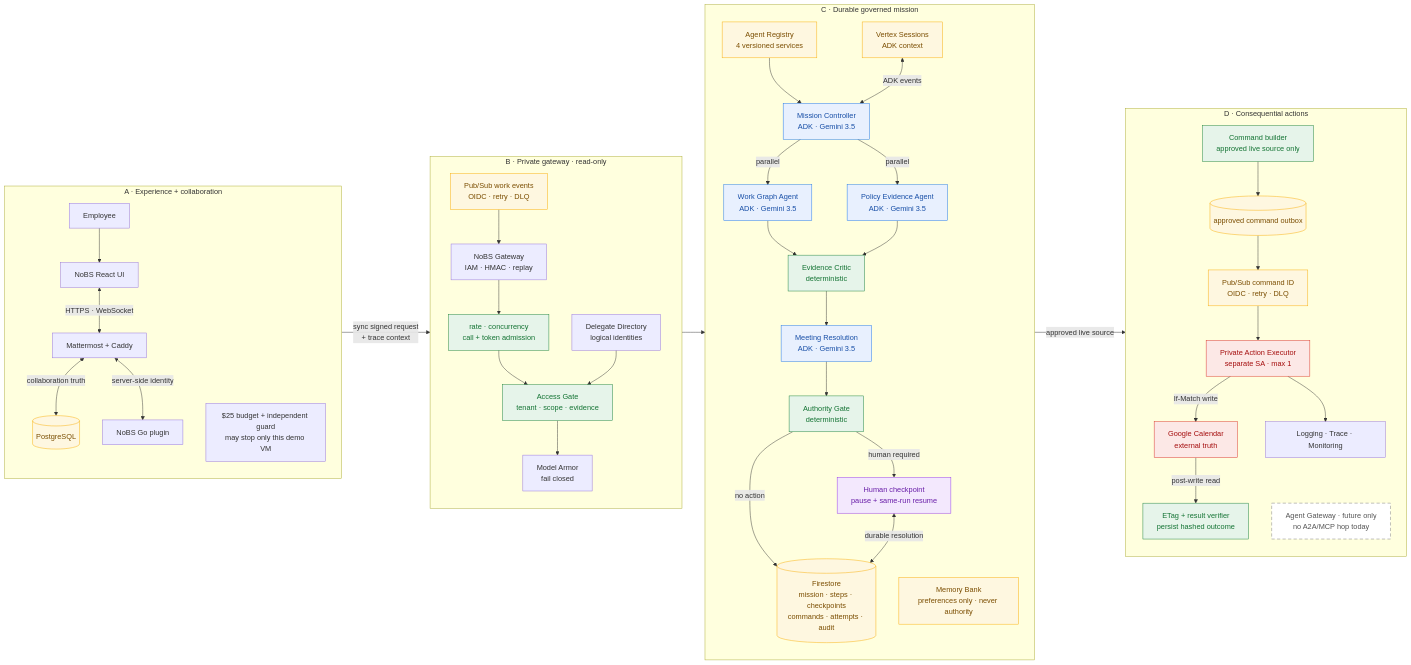
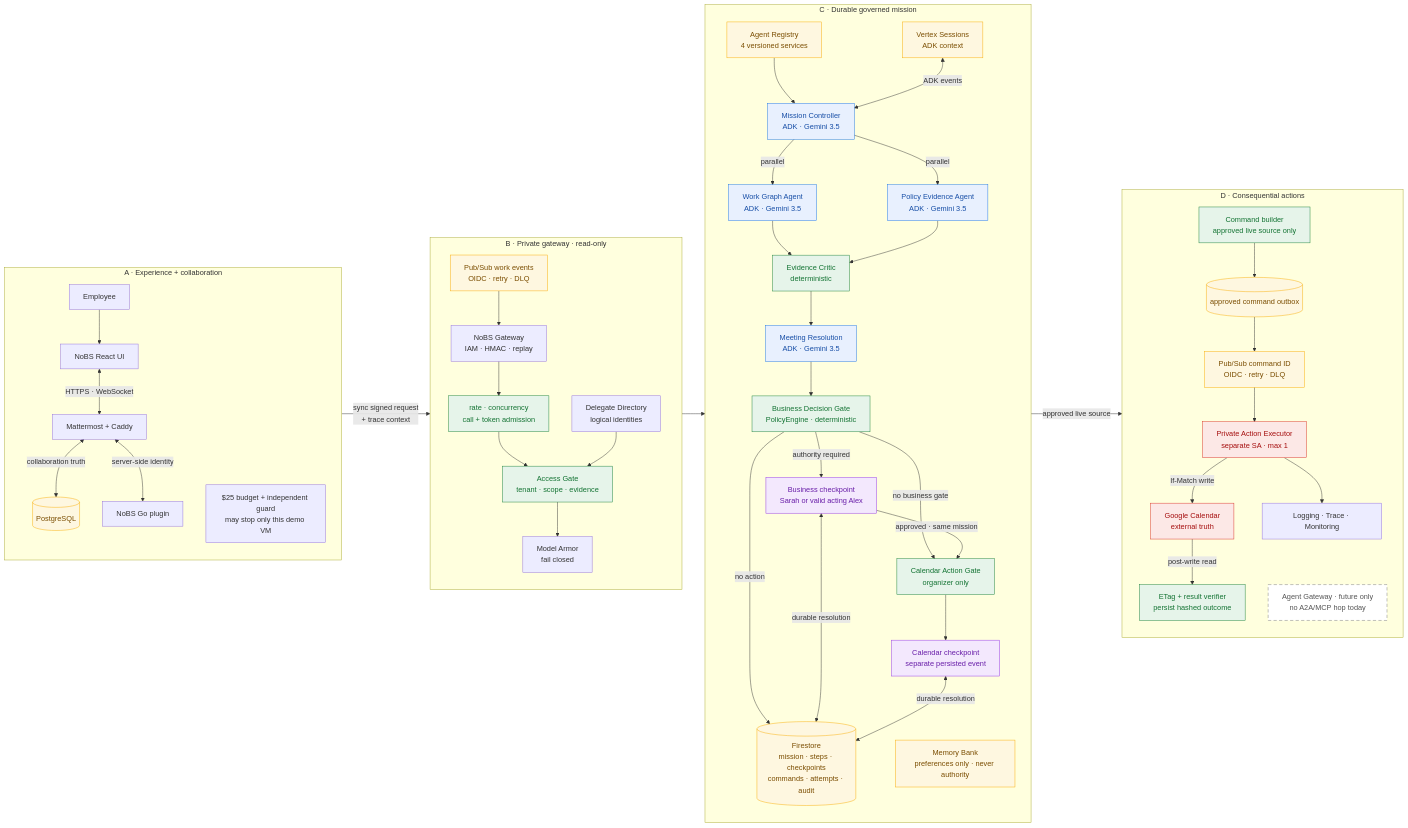
Before and after one commit to Shiv-aurora/nobs: the diagram in docs/architecture.mmd, drawn with Mermaid. The commit also changed 33 other files, not shown here.

Commit message:
feat: separate mission authority gates

```diff
--- a/docs/architecture.mmd
+++ b/docs/architecture.mmd
@@ -1,81 +1,87 @@
 flowchart LR
   classDef exec fill:#e8f0fe,stroke:#1a73e8,color:#174ea6
   classDef deterministic fill:#e6f4ea,stroke:#188038,color:#137333
   classDef state fill:#fef7e0,stroke:#f9ab00,color:#7a4d00
   classDef write fill:#fce8e6,stroke:#d93025,color:#a50e0e
   classDef human fill:#f3e8fd,stroke:#9334e6,color:#681da8
   classDef future fill:#fff,stroke:#777,color:#555,stroke-dasharray: 7 5
 
   subgraph A["A · Experience + collaboration"]
     direction TB
     U["Employee"] --> UI["NoBS React UI"]
     UI <-->|"HTTPS · WebSocket"| MM["Mattermost + Caddy"]
     MM <-->|"collaboration truth"| PG[("PostgreSQL")]
     MM <-->|"server-side identity"| PL["NoBS Go plugin"]
     BUD["$25 budget + independent guard<br/>may stop only this demo VM"]
   end
 
   subgraph B["B · Private gateway · read-only"]
     direction TB
     GW["NoBS Gateway<br/>IAM · HMAC · replay"]
     ADM["rate · concurrency<br/>call + token admission"]
     DD["Delegate Directory<br/>logical identities"]
     AG["Access Gate<br/>tenant · scope · evidence"]
     MA["Model Armor<br/>fail closed"]
     WE["Pub/Sub work events<br/>OIDC · retry · DLQ"]
     GW --> ADM --> AG --> MA
     DD --> AG
     WE --> GW
   end
 
   PL -->|"sync signed request<br/>+ trace context"| GW
   subgraph C["C · Durable governed mission"]
     direction TB
     REG["Agent Registry<br/>4 versioned services"]
     MC["Mission Controller<br/>ADK · Gemini 3.5"]
     WG["Work Graph Agent<br/>ADK · Gemini 3.5"]
     PE["Policy Evidence Agent<br/>ADK · Gemini 3.5"]
     EC["Evidence Critic<br/>deterministic"]
     MR["Meeting Resolution<br/>ADK · Gemini 3.5"]
-    AU["Authority Gate<br/>deterministic"]
-    HC["Human checkpoint<br/>pause + same-run resume"]
+    BG["Business Decision Gate<br/>PolicyEngine · deterministic"]
+    BC["Business checkpoint<br/>Sarah or valid acting Alex"]
+    CG["Calendar Action Gate<br/>organizer only"]
+    CC["Calendar checkpoint<br/>separate persisted event"]
     FS[("Firestore<br/>mission · steps · checkpoints<br/>commands · attempts · audit")]
     SES["Vertex Sessions<br/>ADK context"]
     MEM["Memory Bank<br/>preferences only · never authority"]
     REG --> MC
     MC -->|"parallel"| WG
     MC -->|"parallel"| PE
     WG --> EC
     PE --> EC
-    EC --> MR --> AU
-    AU -->|"human required"| HC
-    AU -->|"no action"| FS
-    HC <-->|"durable resolution"| FS
+    EC --> MR --> BG
+    BG -->|"authority required"| BC
+    BG -->|"no business gate"| CG
+    BC -->|"approved · same mission"| CG
+    BG -->|"no action"| FS
+    CG --> CC
+    BC <-->|"durable resolution"| FS
+    CC <-->|"durable resolution"| FS
     SES <-->|"ADK events"| MC
   end
 
   subgraph D["D · Consequential actions"]
     direction TB
     CB["Command builder<br/>approved live source only"]
     OUT[("approved command outbox")]
     CQ["Pub/Sub command ID<br/>OIDC · retry · DLQ"]
     EX["Private Action Executor<br/>separate SA · max 1"]
     CAL["Google Calendar<br/>external truth"]
     RV["ETag + result verifier<br/>persist hashed outcome"]
     OBS["Logging · Trace · Monitoring"]
     FUT["Agent Gateway · future only<br/>no A2A/MCP hop today"]
     CB --> OUT --> CQ --> EX
     EX -->|"If-Match write"| CAL
     CAL -->|"post-write read"| RV
     EX --> OBS
   end
 
-  HC -->|"approved live source"| CB
+  CC -->|"approved live source"| CB
   MA --> MC
 
   class MC,WG,PE,MR exec
-  class ADM,AG,EC,AU,CB,RV deterministic
+  class ADM,AG,EC,BG,CG,CB,RV deterministic
   class FS,PG,OUT,WE,CQ,REG,SES,MEM state
   class EX,CAL write
-  class HC human
+  class BC,CC human
   class FUT future
```
